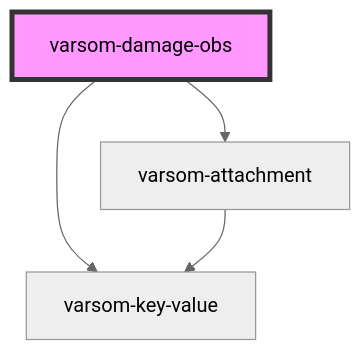
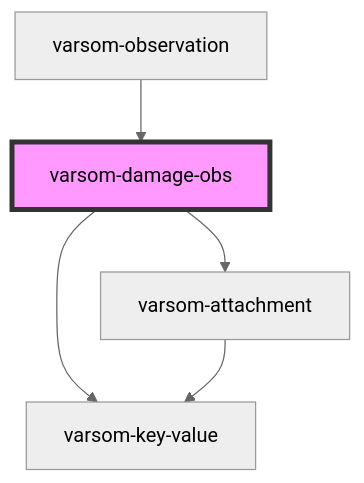
One commit to NVE/varsom-observation changed the diagram in observasjonskort/src/components/varsom-damage-obs/readme.md. Above: the diagram before and after it, drawn with Mermaid (neutral theme). The commit also changed other lines of this file and 90 other files, not shown here.

````diff
--- a/observasjonskort/src/components/varsom-damage-obs/readme.md
+++ b/observasjonskort/src/components/varsom-damage-obs/readme.md
@@ -30,7 +35,8 @@
 ```mermaid
 graph TD;
   varsom-damage-obs --> varsom-key-value
   varsom-damage-obs --> varsom-attachment
   varsom-attachment --> varsom-key-value
+  varsom-observation --> varsom-damage-obs
   style varsom-damage-obs fill:#f9f,stroke:#333,stroke-width:4px
 ```
````
